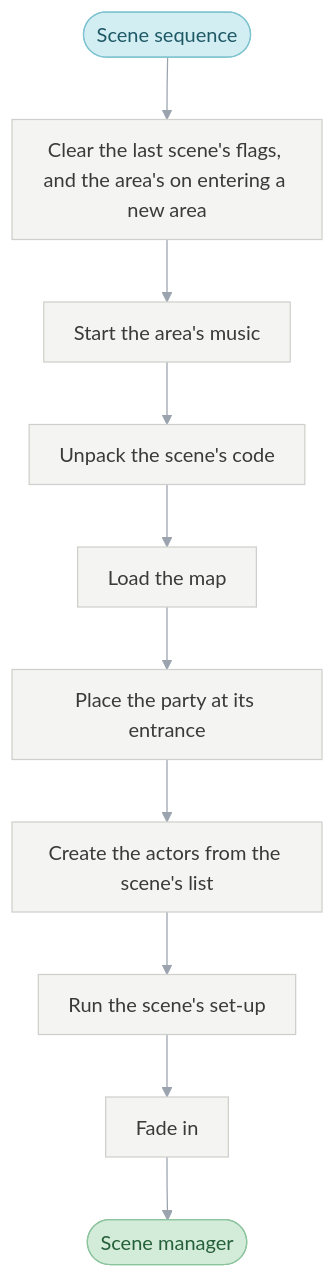
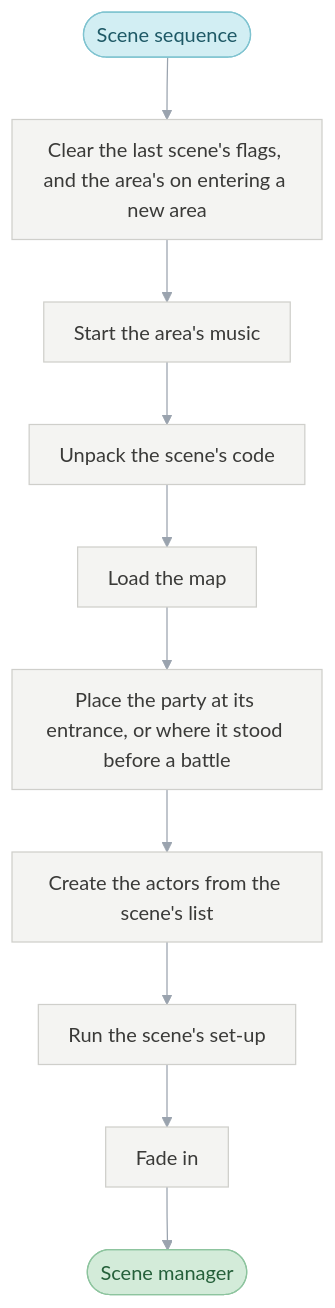
Before and after one commit to PascalPixel/alchemy: the fourth of 7 diagrams in games/tbs/README.md, drawn with Mermaid. The commit also changed other lines of this file, not shown here.

First line of the commit message:
☀️ Front page: the charts close five gaps a reader from the charts alone hit

````diff
--- a/games/tbs/README.md
+++ b/games/tbs/README.md
@@ -114,18 +114,18 @@
 ```mermaid
 %%{init: {"theme": "base", "themeVariables": {"lineColor": "#9AA3AE", "edgeLabelBackground": "#FFFFFF"}, "flowchart": {"curve": "basis", "padding": 12}}}%%
 flowchart TD
   pick(["Scene sequence"]) --> arrive["Clear the last scene's flags, and the area's on entering a new area"]
   arrive --> music["Start the area's music"] --> code["Unpack the scene's code"]
-  code --> map["Load the map"] --> place["Place the party at its entrance"]
+  code --> map["Load the map"] --> place["Place the party at its entrance, or where it stood before a battle"]
   place --> actors["Create the actors from the scene's list"] --> own["Run the scene's set-up"]
   own --> fade["Fade in"] --> run(["Scene manager"])
   classDef sequenceManager fill:#DDE3EC,stroke:#8FA0B8,color:#2E3C50
   classDef sceneSequence fill:#D2EEF3,stroke:#7FC3D0,color:#1E5966
   classDef battle fill:#F6D5D2,stroke:#D9928B,color:#8A2A22
   classDef sceneManager fill:#D3EBD9,stroke:#8DC49E,color:#25603A
   classDef request fill:#FBE7C6,stroke:#E0B46A,color:#7A5212
   classDef step fill:#F4F4F2,stroke:#CFCFCB,color:#3A3A38
   class pick sceneSequence
   class run sceneManager
   class arrive,music,code,map,place,actors,own,fade step
 ```
````
